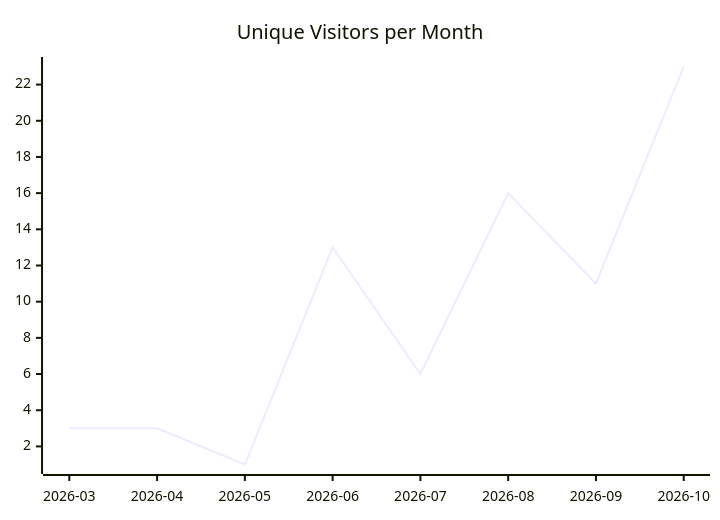
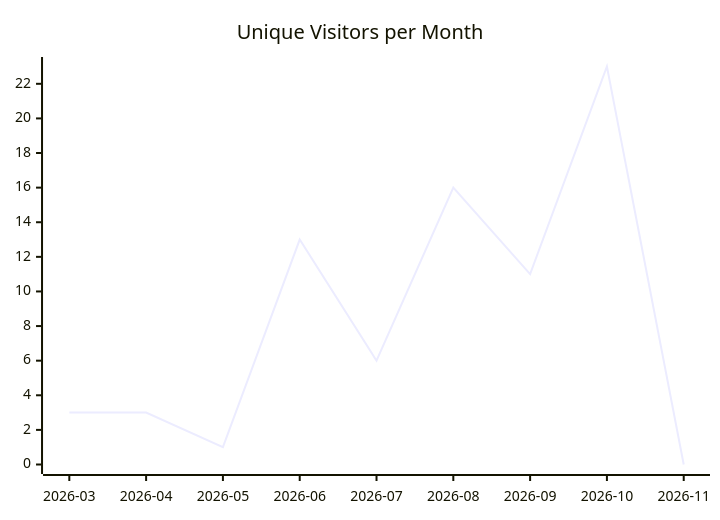
One commit to justdavis-family/github-analytics-data changed the first of 3 diagrams in karlmdavis/rps-tourney/README.md. Above: the diagram before and after it, drawn with Mermaid. The commit also changed other lines of this file and 201 other files, not shown here.

````diff
--- a/karlmdavis/rps-tourney/README.md
+++ b/karlmdavis/rps-tourney/README.md
@@ -5,6 +5,6 @@
 ```mermaid
 xychart-beta
   title "Unique Visitors per Month"
-  x-axis ["2026-03", "2026-04", "2026-05", "2026-06", "2026-07", "2026-08", "2026-09", "2026-10"]
-  line [3, 3, 1, 13, 6, 16, 11, 23]
+  x-axis ["2026-03", "2026-04", "2026-05", "2026-06", "2026-07", "2026-08", "2026-09", "2026-10", "2026-11"]
+  line [3, 3, 1, 13, 6, 16, 11, 23, 0]
 ```
````
